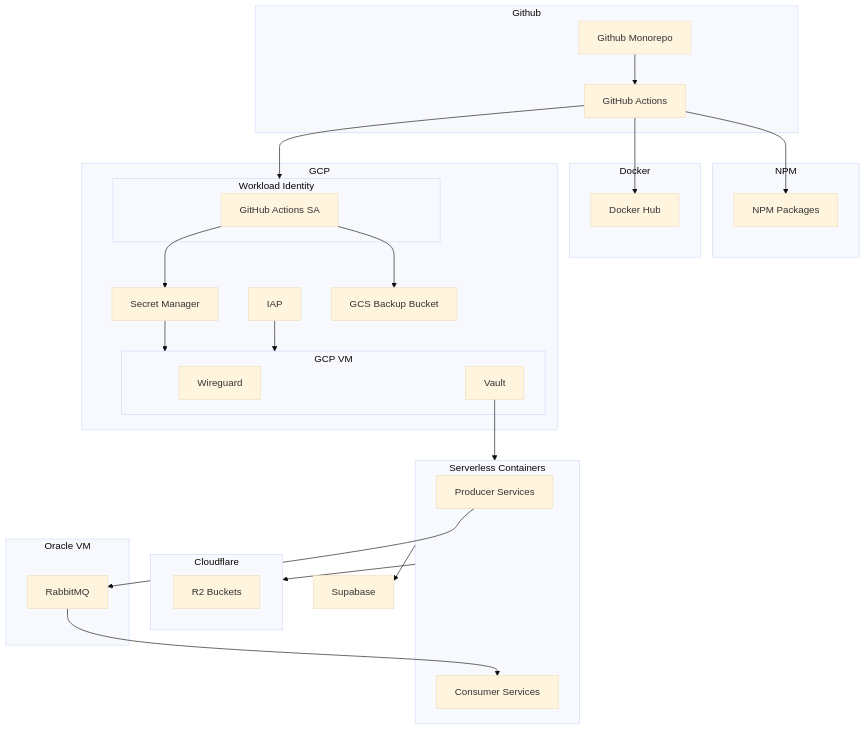
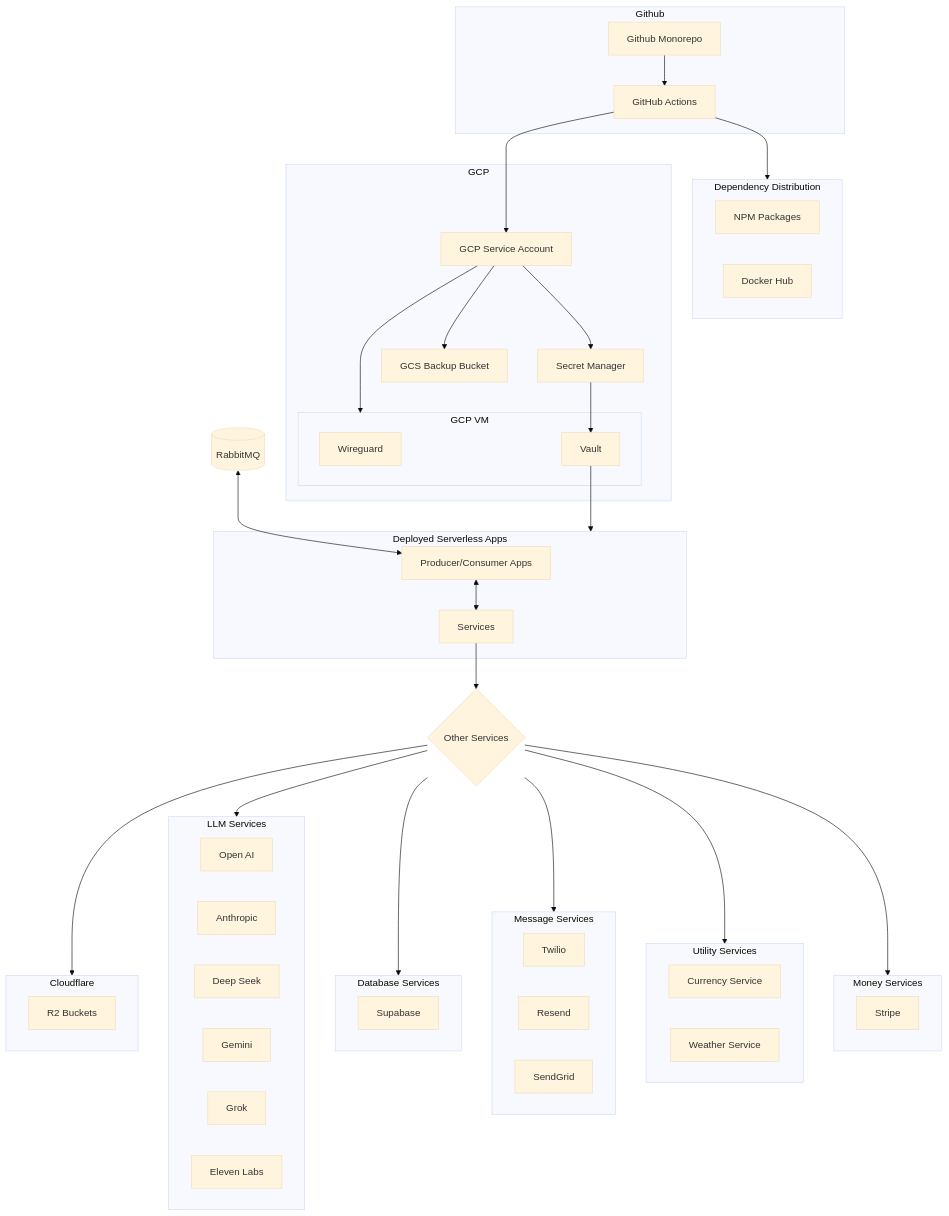
Before and after one commit to iamharryliu/vigilant-broccoli: the second of 5 diagrams in docs/infrastructure/infrastructure.md, drawn with Mermaid (base theme). The commit also changed 2 other files, not shown here.

````diff
--- a/docs/infrastructure/infrastructure.md
+++ b/docs/infrastructure/infrastructure.md
@@ -53,9 +53,9 @@
 ```mermaid
 flowchart
 
-subgraph SERVERLESS_CONTAINERS[Serverless Containers]
-  PRODUCER_SERVICES[Producer Services]
-  CONSUMER_SERVICES[Consumer Services]
+subgraph DEPLOYED_SERVERLESS_APPS[Deployed Serverless Apps]
+  PRODUCER_CONSUMER_APPS[Producer/Consumer Apps]
+  DEPLOYED_SERVERLESS_SERVICES[Services]
 end
 
 subgraph GITHUB[Github]
@@ -63,19 +63,14 @@
   GITHUB_ACTIONS[GitHub Actions]
   GITHUB_MONOREPO-->GITHUB_ACTIONS
 end
-
-subgraph NPM
+subgraph DEPENDENCY_DISTRIBUTION[Dependency Distribution]
   NPM_PACKAGES[NPM Packages]
-end
-
-subgraph DOCKER[Docker]
   DOCKER_HUB[Docker Hub]
 end
 
 subgraph GCP
 
   SECRET_MANAGER[Secret Manager]
-  IAP[IAP]
   GCS_BACKUP[GCS Backup Bucket]
 
   subgraph GCP_VM[GCP VM]
@@ -83,14 +78,12 @@
     VAULT[Vault]
   end
 
-  subgraph WORKLOAD_IDENTITY[Workload Identity]
-    GITHUB_ACTIONS_SA[GitHub Actions SA]
-  end
+  GCP_SA[GCP Service Account]
 
-  SECRET_MANAGER-->GCP_VM
-  IAP-->GCP_VM
-  GITHUB_ACTIONS_SA-->GCS_BACKUP
-  GITHUB_ACTIONS_SA-->SECRET_MANAGER
+  GCP_SA-->GCP_VM
+  GCP_SA-->GCS_BACKUP
+  GCP_SA-->SECRET_MANAGER
+  SECRET_MANAGER-->VAULT
 
 end
 
@@ -98,19 +91,53 @@
   R2[R2 Buckets]
 end
 
-subgraph ORACLE_VM[Oracle VM]
-  RABBITMQ[RabbitMQ]
+  RABBITMQ[(RabbitMQ)]
+
+OTHER_SERVICES{Other Services}
+
+
+subgraph DB_SERVICES[Database Services]
+  SUPABASE[Supabase]
 end
 
+subgraph MESSAGE_SERVICES[Message Services]
+  TWILIO[Twilio]
+  RESEND[Resend]
+  SendGrid[SendGrid]
+end
 
-PRODUCER_SERVICES-->RABBITMQ-->CONSUMER_SERVICES
-VAULT-->SERVERLESS_CONTAINERS
+subgraph LLM_SERVICES[LLM Services]
+  OPENAI[Open AI]
+  ANTHROPIC[Anthropic]
+  DEEP_SEEK[Deep Seek]
+  GEMINI[Gemini]
+  GROK[Grok]
+  ELEVEN_LABS[Eleven Labs]
+end
 
-SERVERLESS_CONTAINERS-->SUPABASE
-SERVERLESS_CONTAINERS-->CLOUDFLARE
+subgraph MONEY_SERVICES[Money Services]
+  STRIPE[Stripe]
+end
 
-GITHUB_ACTIONS-->NPM_PACKAGES
-GITHUB_ACTIONS-->DOCKER_HUB
-GITHUB_ACTIONS-->WORKLOAD_IDENTITY
-SUPABASE[Supabase]
+subgraph UTILITY_SERVICES[Utility Services]
+  CURRENCY_SERVICE[Currency Service]
+  WEATHER_SERVICE[Weather Service]
+end
+
+RABBITMQ<-->PRODUCER_CONSUMER_APPS[Producer/Consumer Apps]
+VAULT-->DEPLOYED_SERVERLESS_APPS
+
+PRODUCER_CONSUMER_APPS<-->DEPLOYED_SERVERLESS_SERVICES
+DEPLOYED_SERVERLESS_SERVICES-->OTHER_SERVICES
+
+GITHUB_ACTIONS-->DEPENDENCY_DISTRIBUTION
+GITHUB_ACTIONS-->GCP_SA
+
+OTHER_SERVICES-->CLOUDFLARE
+OTHER_SERVICES-->LLM_SERVICES
+OTHER_SERVICES-->DB_SERVICES
+OTHER_SERVICES-->MESSAGE_SERVICES
+OTHER_SERVICES-->UTILITY_SERVICES
+OTHER_SERVICES-->MONEY_SERVICES
+
 ```
````
